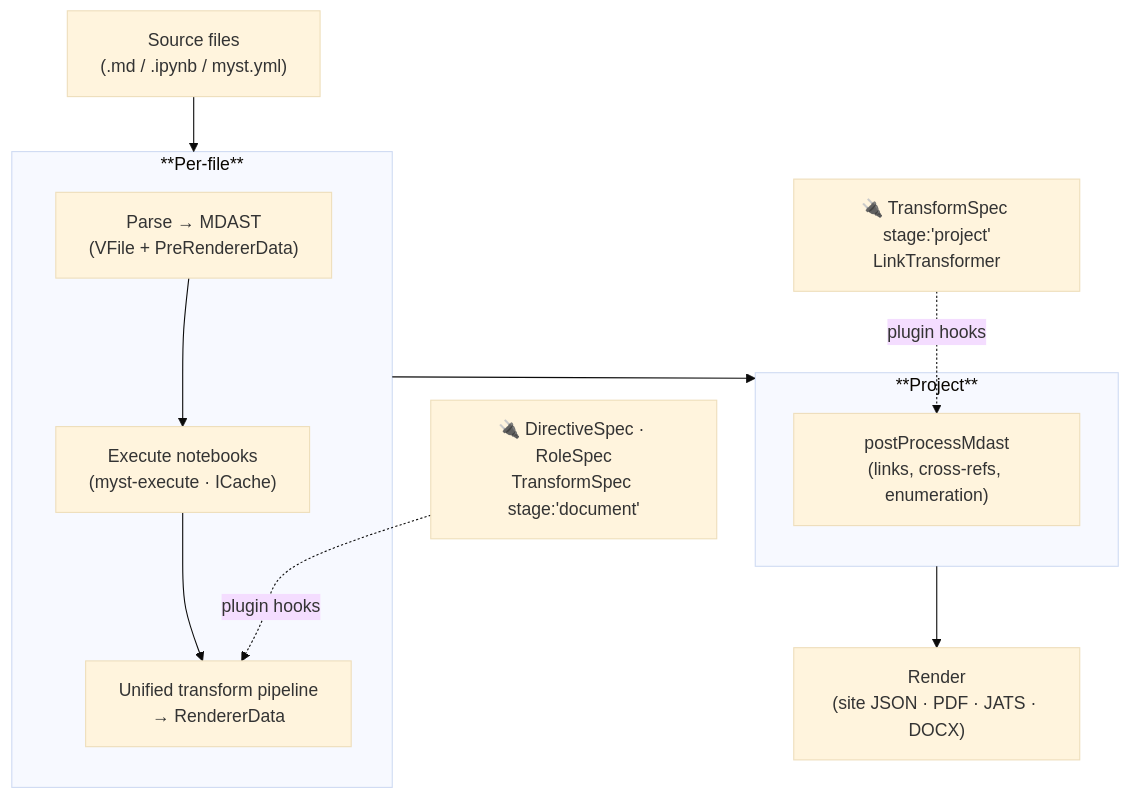
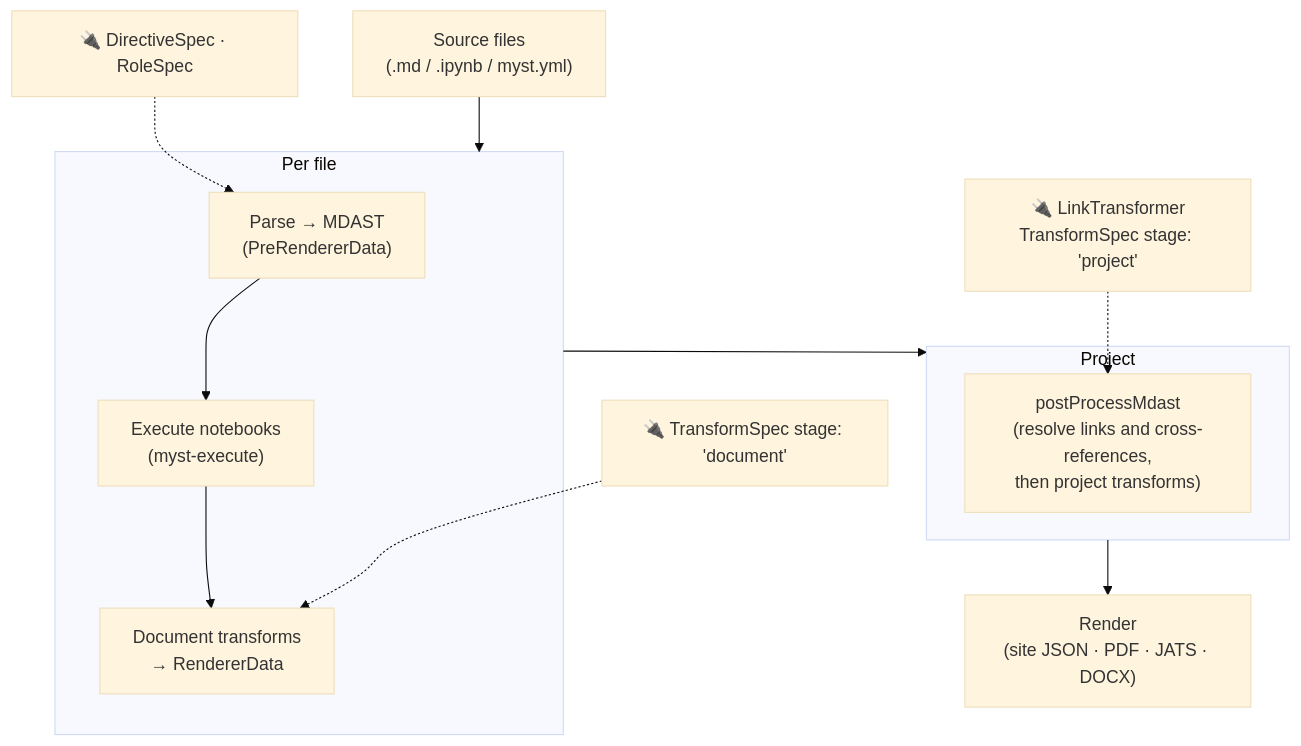
One commit to jupyter-book/mystmd changed the diagram in docs/developer-api.md. Above: the diagram before and after it, drawn with Mermaid (base theme). The commit also changed other lines of this file and 1 other file, not shown here.

````diff
--- a/docs/developer-api.md
+++ b/docs/developer-api.md
@@ -14,24 +16,26 @@
 ```{mermaid}
 flowchart TD
     src["Source files<br>(.md / .ipynb / myst.yml)"]
     out["Render<br>(site JSON · PDF · JATS · DOCX)"]
-    p1["🔌 DirectiveSpec · RoleSpec<br>TransformSpec stage:'document'"]
-    p2["🔌 TransformSpec stage:'project'<br>LinkTransformer"]
+    p1["🔌 DirectiveSpec · RoleSpec"]
+    p2["🔌 TransformSpec stage: 'document'"]
+    p3["🔌 LinkTransformer<br>TransformSpec stage: 'project'"]
 
-    subgraph per_file ["**Per-file**"]
-        parse["Parse → MDAST<br>(VFile + PreRendererData)"]
-        exec["Execute notebooks<br>(myst-execute · ICache)"]
-        dtrans["Unified transform pipeline<br>→ RendererData"]
+    subgraph per_file ["Per file"]
+        parse["Parse → MDAST<br>(PreRendererData)"]
+        exec["Execute notebooks<br>(myst-execute)"]
+        dtrans["Document transforms<br>→ RendererData"]
         parse --> exec --> dtrans
     end
 
-    subgraph project ["**Project**"]
-        ptrans["postProcessMdast<br>(links, cross-refs, enumeration)"]
+    subgraph project ["Project"]
+        ptrans["postProcessMdast<br>(resolve links and cross-references,<br>then project transforms)"]
     end
 
     src --> per_file
-    p1 -. plugin hooks .-> dtrans
+    p1 -.-> parse
+    p2 -.-> dtrans
     per_file --> project
-    p2 -. plugin hooks .-> ptrans
+    p3 -.-> ptrans
     project --> out
 ```
````
